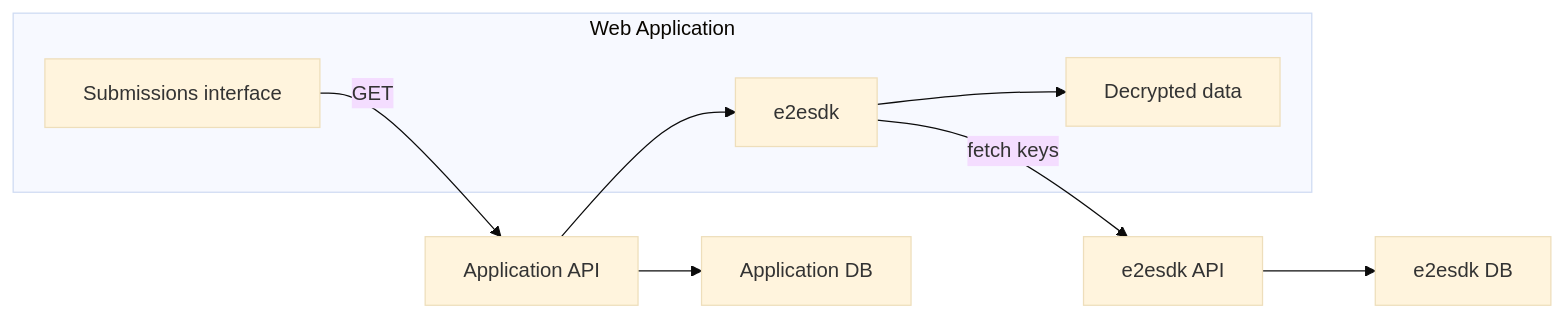
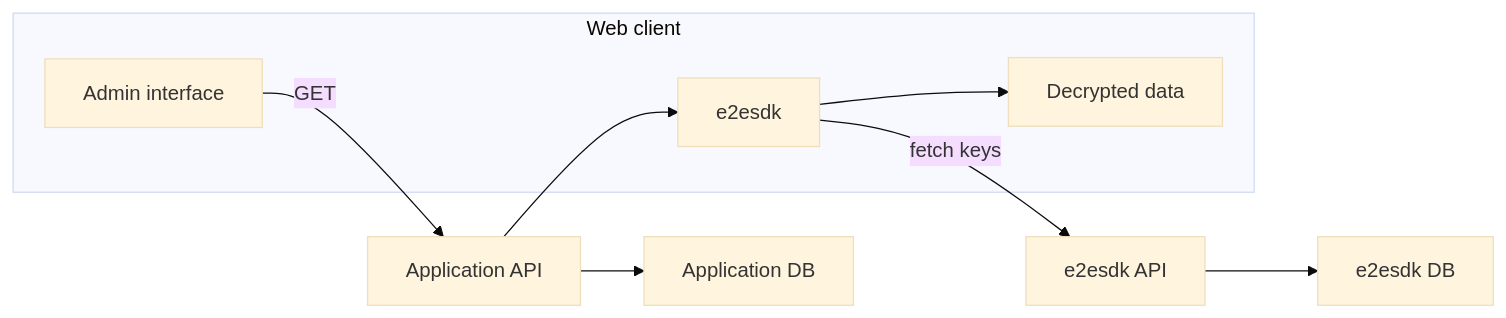
The second of 2 diagrams in docs/docs/use-cases/forms.md (SocialGouv/e2esdk), drawn with Mermaid (base theme) before and after one commit. The commit also changed other lines of this file and 1 other file, not shown here.

````diff
--- a/docs/docs/use-cases/forms.md
+++ b/docs/docs/use-cases/forms.md
@@ -32,13 +32,13 @@
 ```mermaid
 graph LR;
 
-subgraph Web Application
-    admin[Submissions interface]
+subgraph Web client
+    admin[Admin interface]
     e2esdk-->Decrypt[Decrypted data]
 end
 
 admin-->|GET|app[Application API]-->appdb[Application DB]
 app-->e2esdk
 e2esdk-->|fetch keys|e2esdkapi[e2esdk API]
 e2esdkapi-->e2esdkdb[e2esdk DB]
 ```
````
